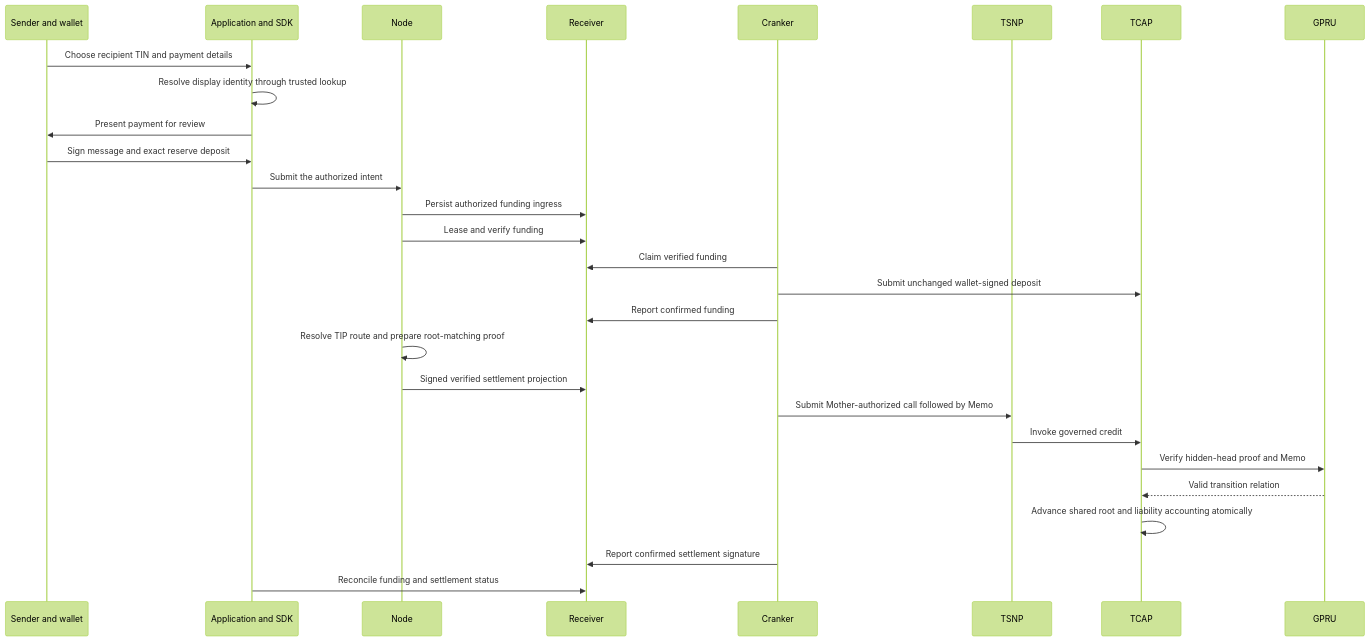
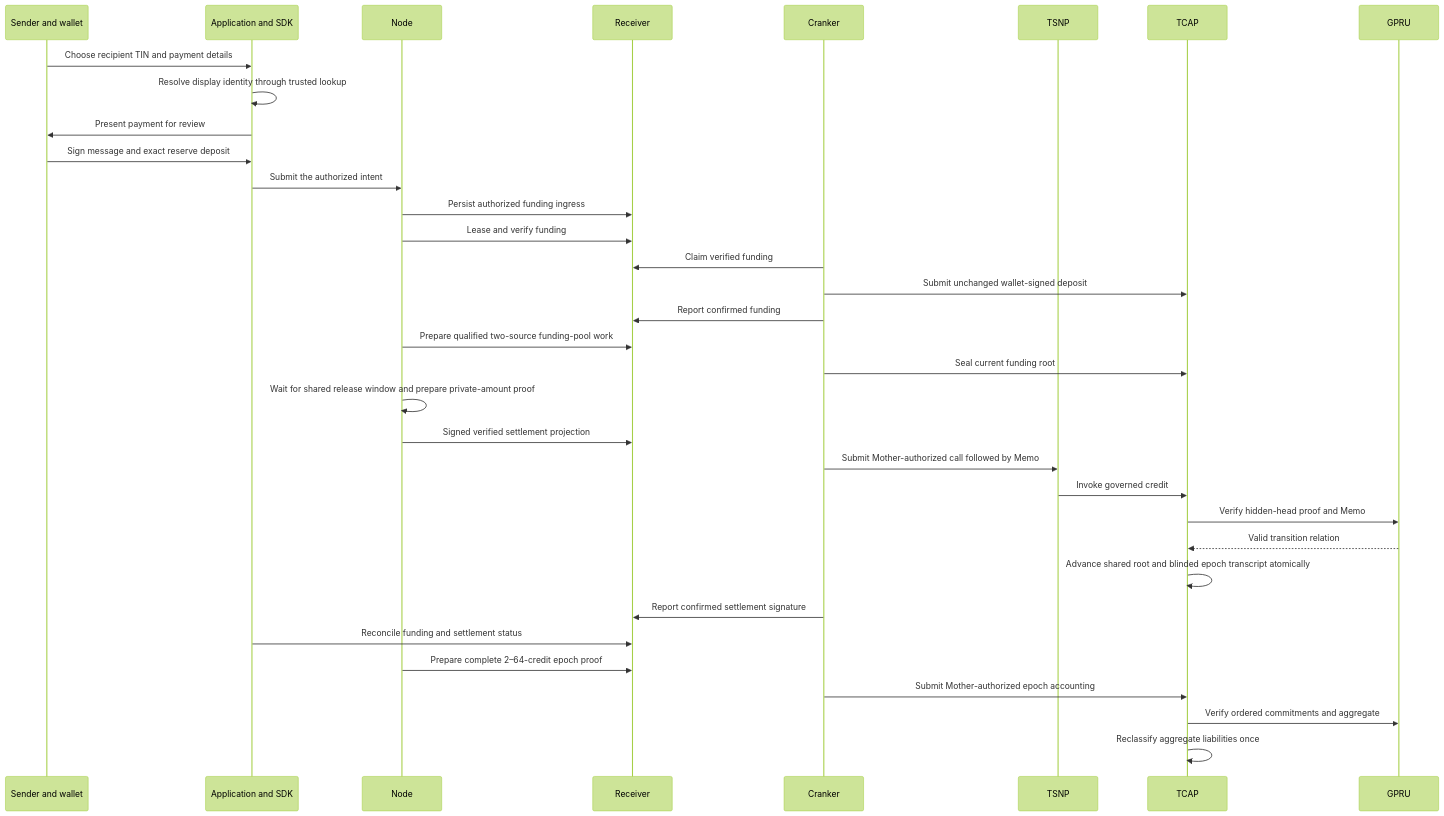
Before and after one commit to Trustlink-Labs/TSN-Protocol: the diagram in tsn-docs/overview/how-it-works.mdx, drawn with Mermaid (forest theme). The commit also changed other lines of this file and 155 other files, not shown here.

````diff
--- a/tsn-docs/overview/how-it-works.mdx
+++ b/tsn-docs/overview/how-it-works.mdx
@@ -10,31 +10,37 @@
 ```mermaid
 sequenceDiagram
     participant S as Sender and wallet
     participant A as Application and SDK
     participant N as Node
     participant R as Receiver
     participant K as Cranker
     participant P as TSNP
     participant T as TCAP
     participant G as GPRU
 
     S->>A: Choose recipient TIN and payment details
     A->>A: Resolve display identity through trusted lookup
     A->>S: Present payment for review
     S->>A: Sign message and exact reserve deposit
     A->>N: Submit the authorized intent
     N->>R: Persist authorized funding ingress
     N->>R: Lease and verify funding
     K->>R: Claim verified funding
     K->>T: Submit unchanged wallet-signed deposit
     K->>R: Report confirmed funding
-    N->>N: Resolve TIP route and prepare root-matching proof
+    N->>R: Prepare qualified two-source funding-pool work
+    K->>T: Seal current funding root
+    N->>N: Wait for shared release window and prepare private-amount proof
     N->>R: Signed verified settlement projection
     K->>P: Submit Mother-authorized call followed by Memo
     P->>T: Invoke governed credit
     T->>G: Verify hidden-head proof and Memo
     G-->>T: Valid transition relation
-    T->>T: Advance shared root and liability accounting atomically
+    T->>T: Advance shared root and blinded epoch transcript atomically
     K->>R: Report confirmed settlement signature
     A->>R: Reconcile funding and settlement status
+    N->>R: Prepare complete 2–64-credit epoch proof
+    K->>T: Submit Mother-authorized epoch accounting
+    T->>G: Verify ordered commitments and aggregate
+    T->>T: Reclassify aggregate liabilities once
 ```
````
